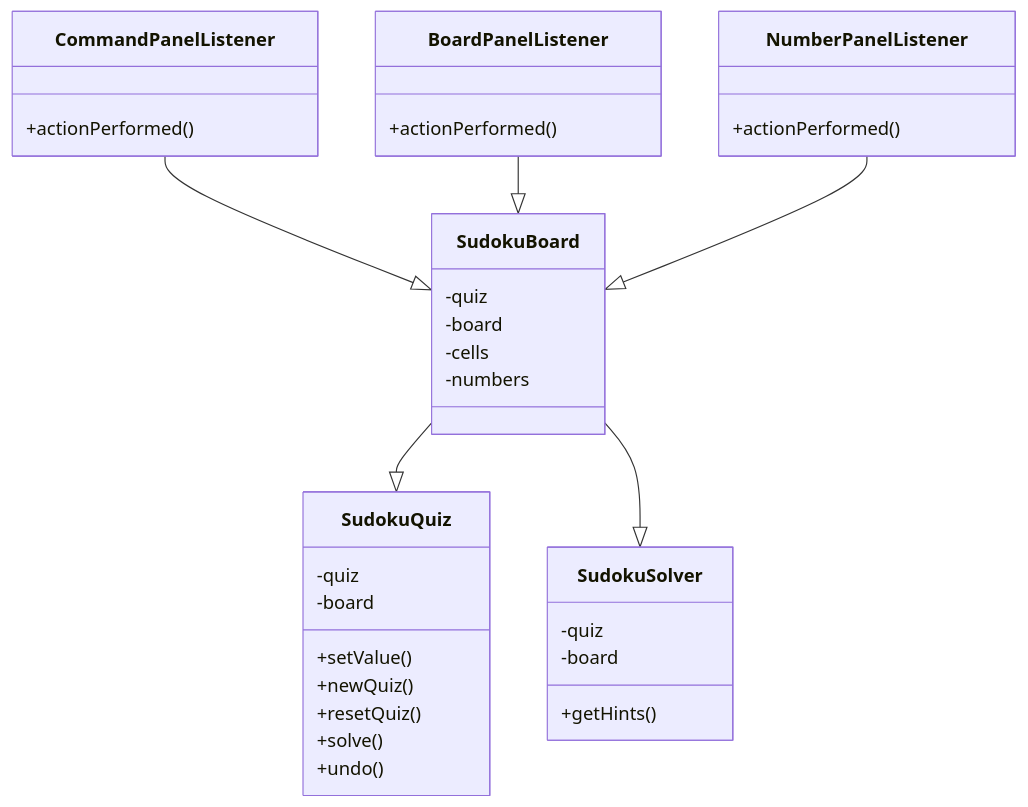
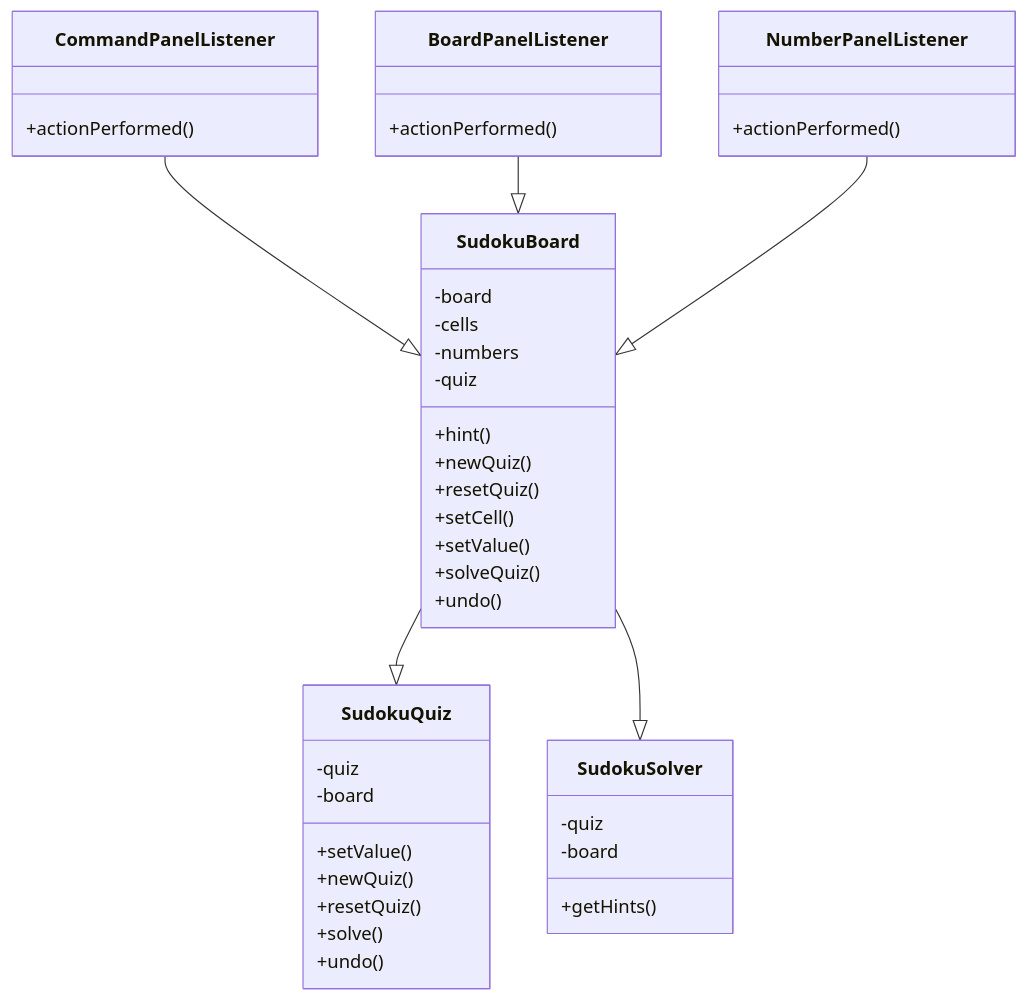
The diagram in README.md (miyaichi/Sudoku), drawn with Mermaid before and after one commit.

````diff
--- a/README.md
+++ b/README.md
@@ -99,25 +99,32 @@
 ```mermaid
 classDiagram
     SudokuBoard --|> SudokuQuiz
-    SudokuBoard : -quiz
     SudokuBoard : -board
     SudokuBoard : -cells
     SudokuBoard : -numbers
+    SudokuBoard : -quiz
+    SudokuBoard : +hint()
+    SudokuBoard : +newQuiz()
+    SudokuBoard : +resetQuiz()
+    SudokuBoard : +setCell()
+    SudokuBoard : +setValue()
+    SudokuBoard : +solveQuiz()
+    SudokuBoard : +undo()
     SudokuQuiz : -quiz
     SudokuQuiz : -board
     SudokuQuiz : +setValue()
     SudokuQuiz : +newQuiz()
     SudokuQuiz : +resetQuiz()
     SudokuQuiz : +solve()
     SudokuQuiz : +undo()
     SudokuBoard --|> SudokuSolver
     SudokuSolver : -quiz
     SudokuSolver : -board
     SudokuSolver : +getHints()
     CommandPanelListener --|> SudokuBoard
     CommandPanelListener : +actionPerformed()
     BoardPanelListener --|> SudokuBoard
     BoardPanelListener : +actionPerformed()
     NumberPanelListener --|> SudokuBoard
     NumberPanelListener : +actionPerformed()
 ```
````
